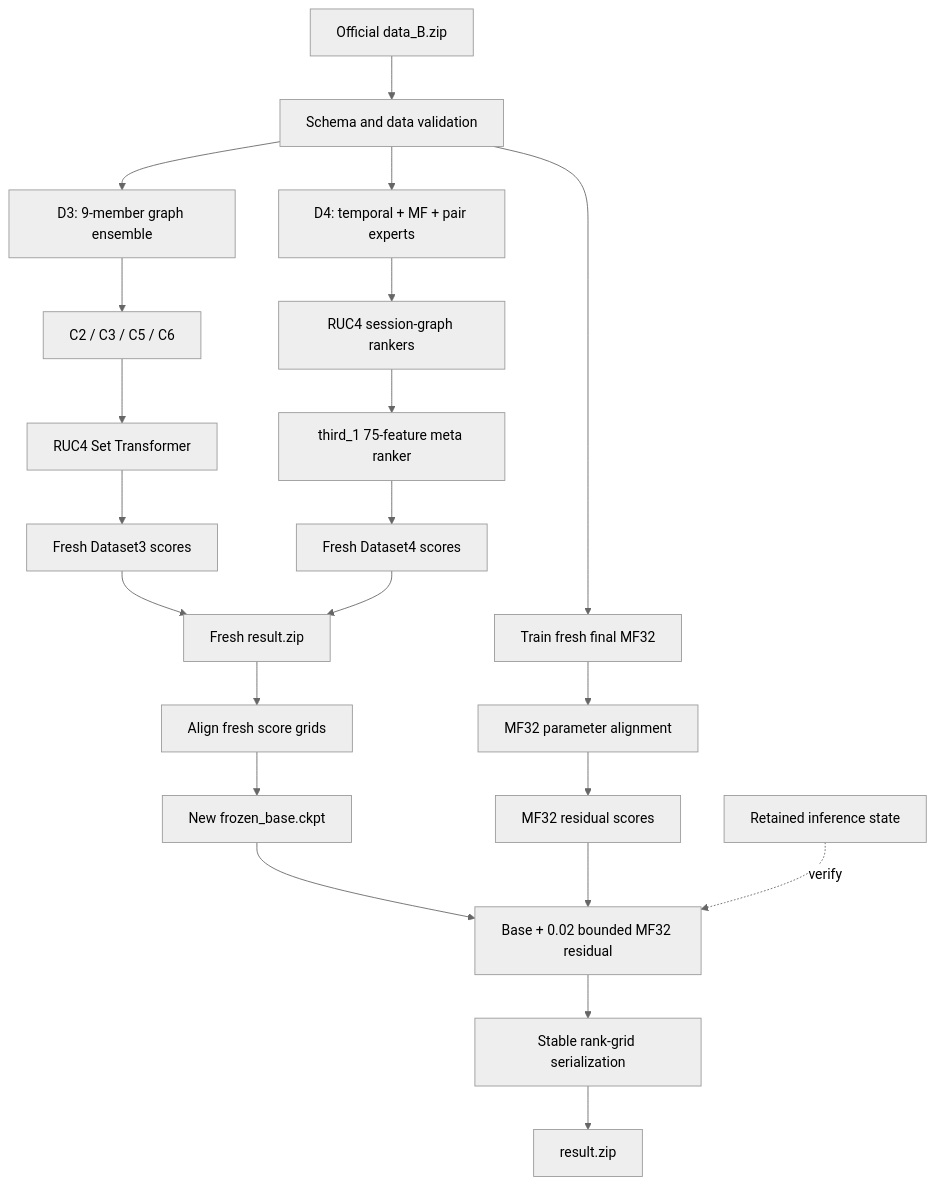
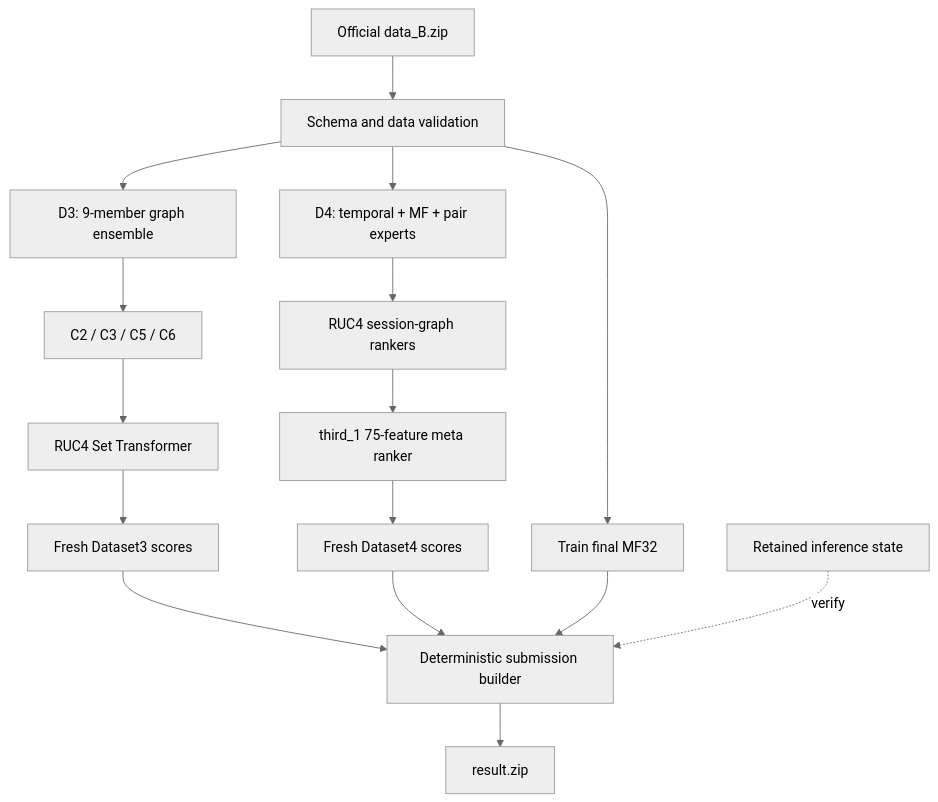
Before and after one commit to laoshan-song/jittor-sader-jituai: the first of 3 diagrams in B/README.md, drawn with Mermaid (neutral theme). The commit also changed other lines of this file and 3 other files, not shown here.

````diff
--- a/B/README.md
+++ b/B/README.md
@@ -76,28 +75,21 @@
 ```mermaid
 flowchart TB
     A["Official data_B.zip"] --> V["Schema and data validation"]
 
     V --> D3A["D3: 9-member graph ensemble"]
     D3A --> D3B["C2 / C3 / C5 / C6"]
     D3B --> D3C["RUC4 Set Transformer"]
     D3C --> D3F["Fresh Dataset3 scores"]
 
     V --> D4A["D4: temporal + MF + pair experts"]
     D4A --> D4B["RUC4 session-graph rankers"]
     D4B --> D4C["third_1 75-feature meta ranker"]
     D4C --> D4F["Fresh Dataset4 scores"]
 
-    V --> MF["Train fresh final MF32"]
-    D3F --> F["Fresh result.zip"]
-    D4F --> F
-    F --> L["Align fresh score grids"]
-    L --> B["New frozen_base.ckpt"]
-    MF --> M["MF32 parameter alignment"]
-    M --> Q["MF32 residual scores"]
-    B --> R["Base + 0.02 bounded MF32 residual"]
-    Q --> R
-    R --> S["Stable rank-grid serialization"]
-
-    K["Retained inference state"] -. verify .-> R
+    V --> MF["Train final MF32"]
+    D3F --> S["Deterministic submission builder"]
+    D4F --> S
+    MF --> S
+    K["Retained inference state"] -. verify .-> S
     S --> Z["result.zip"]
 ```
````
